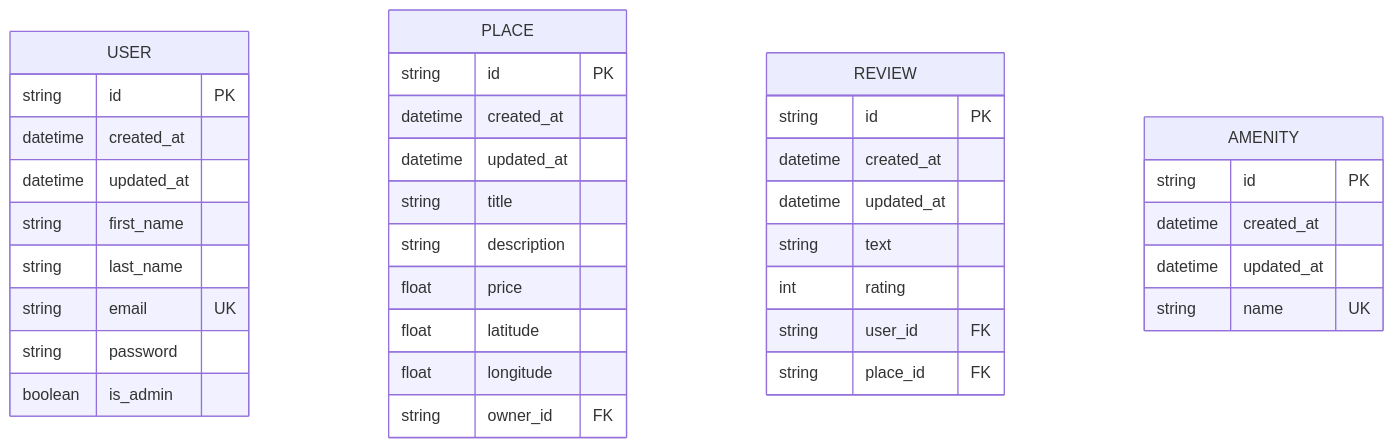
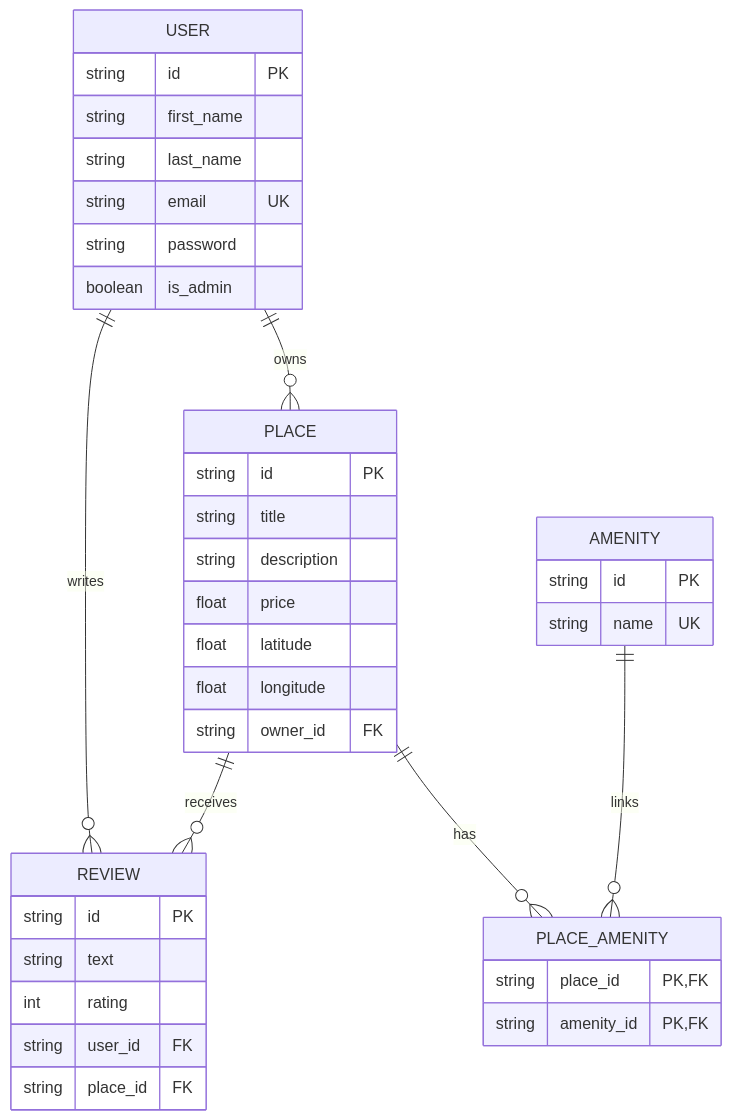
One commit to Aythann/holbertonschool-hbnb changed the diagram in part3/hbnb/README.md. Above: the diagram before and after it, drawn with Mermaid.

Commit message:
Update the README.md file

````diff
--- a/part3/hbnb/README.md
+++ b/part3/hbnb/README.md
@@ -217,42 +217,45 @@
 ```mermaid
 erDiagram
     USER {
         string id PK
-        datetime created_at
-        datetime updated_at
         string first_name
         string last_name
         string email UK
         string password
         boolean is_admin
     }
 
     PLACE {
         string id PK
-        datetime created_at
-        datetime updated_at
         string title
         string description
         float price
         float latitude
         float longitude
         string owner_id FK
     }
 
     REVIEW {
         string id PK
-        datetime created_at
-        datetime updated_at
         string text
         int rating
         string user_id FK
         string place_id FK
     }
 
     AMENITY {
         string id PK
-        datetime created_at
-        datetime updated_at
         string name UK
     }
+
+    PLACE_AMENITY {
+        string place_id PK, FK
+        string amenity_id PK, FK
+    }
+
+    USER ||--o{ PLACE : owns
+    USER ||--o{ REVIEW : writes
+    PLACE ||--o{ REVIEW : receives
+    PLACE ||--o{ PLACE_AMENITY : has
+    AMENITY ||--o{ PLACE_AMENITY : links
 ```
````
